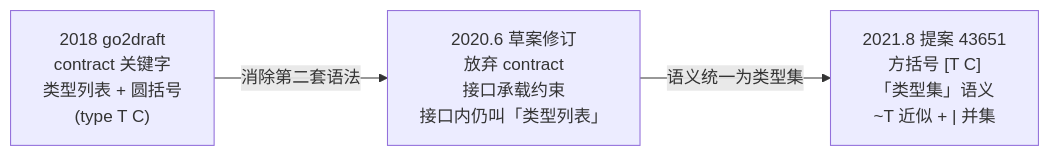
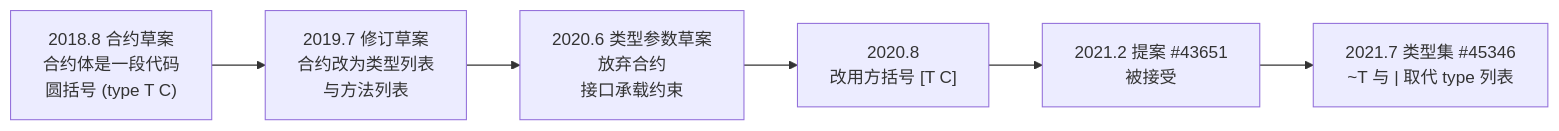
Before and after one commit to golang-design/under-the-hood: the diagram in book/zh-cn/part2lang/ch08generics/contracts.md, drawn with Mermaid. The commit also changed other lines of this file and 4 other files, not shown here.

````diff
--- a/book/zh-cn/part2lang/ch08generics/contracts.md
+++ b/book/zh-cn/part2lang/ch08generics/contracts.md
@@ -193,8 +203,10 @@
 ```mermaid
 flowchart LR
-    A["2018 go2draft<br/>contract 关键字<br/>类型列表 + 圆括号<br/>(type T C)"]
-    B["2020.6 草案修订<br/>放弃 contract<br/>接口承载约束<br/>接口内仍叫「类型列表」"]
-    C["2021.8 提案 43651<br/>方括号 [T C]<br/>「类型集」语义<br/>~T 近似 + | 并集"]
-    A -->|"消除第二套语法"| B
-    B -->|"语义统一为类型集"| C
+    A["2018.8 合约草案<br/>合约体是一段代码<br/>圆括号 (type T C)"]
+    B["2019.7 修订草案<br/>合约改为类型列表<br/>与方法列表"]
+    C["2020.6 类型参数草案<br/>放弃合约<br/>接口承载约束"]
+    D["2020.8<br/>改用方括号 [T C]"]
+    E["2021.2 提案 #43651<br/>被接受"]
+    F["2021.7 类型集 #45346<br/>~T 与 | 取代 type 列表"]
+    A --> B --> C --> D --> E --> F
 ```
````
